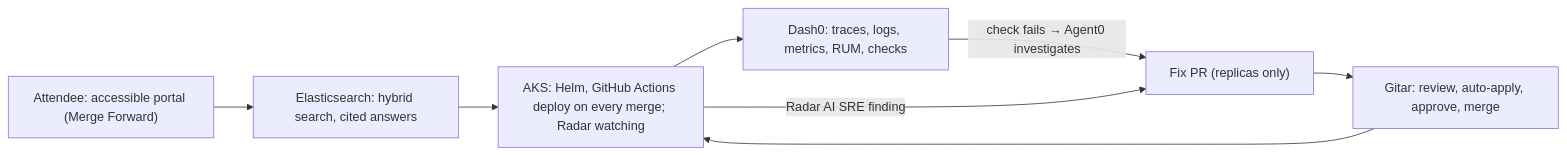
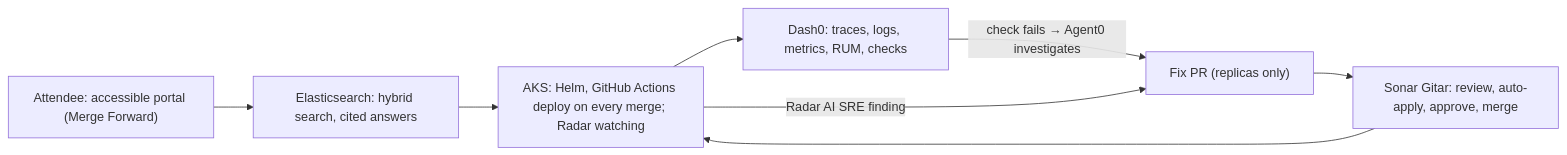
One commit to DSavaliya-Labs/conferenceops-ai changed the diagram in SUBMISSION.md. Above: the diagram before and after it, drawn with Mermaid. The commit also changed other lines of this file, not shown here.

````diff
--- a/SUBMISSION.md
+++ b/SUBMISSION.md
@@ -25,10 +80,10 @@
 ```mermaid
 flowchart LR
   A["Attendee: accessible portal (Merge Forward)"] --> B["Elasticsearch: hybrid search, cited answers"]
   B --> C["AKS: Helm, GitHub Actions deploy on every merge; Radar watching"]
   C --> D["Dash0: traces, logs, metrics, RUM, checks"]
   D -->|"check fails → Agent0 investigates"| E["Fix PR (replicas only)"]
   C -->|"Radar AI SRE finding"| E
-  E --> F["Gitar: review, auto-apply, approve, merge"]
+  E --> F["Sonar Gitar: review, auto-apply, approve, merge"]
   F --> C
 ```
````
